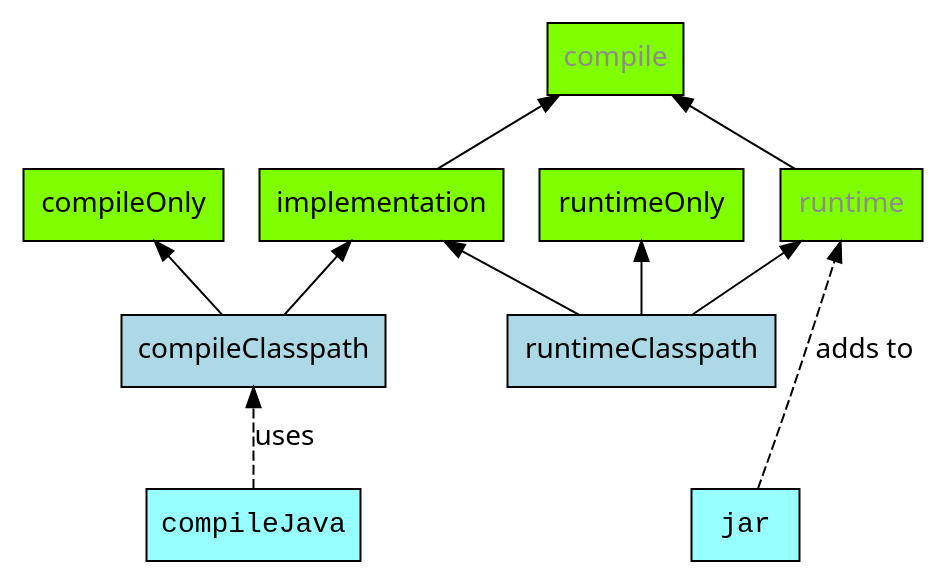
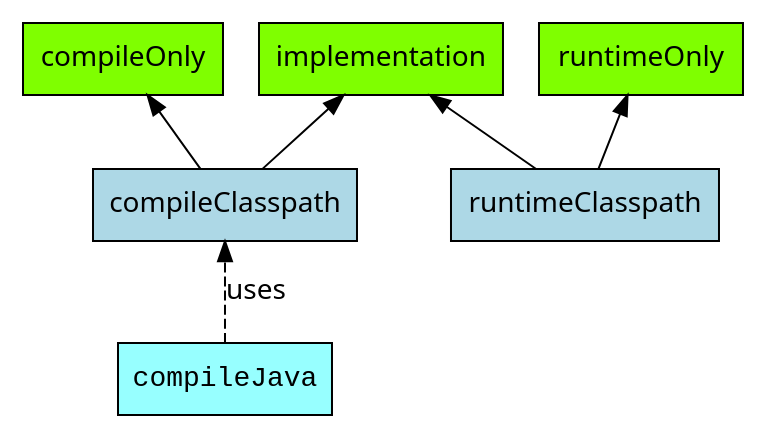
Before and after one commit to gradle/gradle: the diagram in subprojects/docs/src/docs/userguide/img/java-main-configurations.dot, drawn with Graphviz. The commit also changed 5 other files, not shown here.

First line of the commit message:
Remove stale compile and runtime references

```diff
--- a/subprojects/docs/src/docs/userguide/img/java-main-configurations.dot
+++ b/subprojects/docs/src/docs/userguide/img/java-main-configurations.dot
@@ -1,31 +1,20 @@
 digraph javaMainConfigurations {
 
     rankdir = BT;
     node [fontname="Sans", shape=box, style=filled, fillcolor=chartreuse];
     edge [fontname="Sans"];
 
     /* tasks */
     compileJava [fillcolor=darkslategray1, fontname="Courier New"]
-    jar [fillcolor=darkslategray1, fontname="Courier New"]
-
-    /* deprecated confs */
-    compile [fontcolor=gray55]
-    runtime [fontcolor=gray55]
 
     /* consumed confs */
     compileClasspath [fillcolor=lightblue]
     runtimeClasspath [fillcolor=lightblue]
 
     /* configurations */
-    implementation -> compile;
     compileClasspath -> {compileOnly implementation}
-    runtime -> compile
-    runtimeClasspath -> {runtimeOnly runtime implementation}
+    runtimeClasspath -> {runtimeOnly implementation}
 
     /* tasks */
-    jar -> runtime [style=dashed label="adds to"]
     compileJava -> compileClasspath [style=dashed label="uses"]
-
-    /* control for layout */
-    jar -> runtimeClasspath [style=invis]
 }
```
